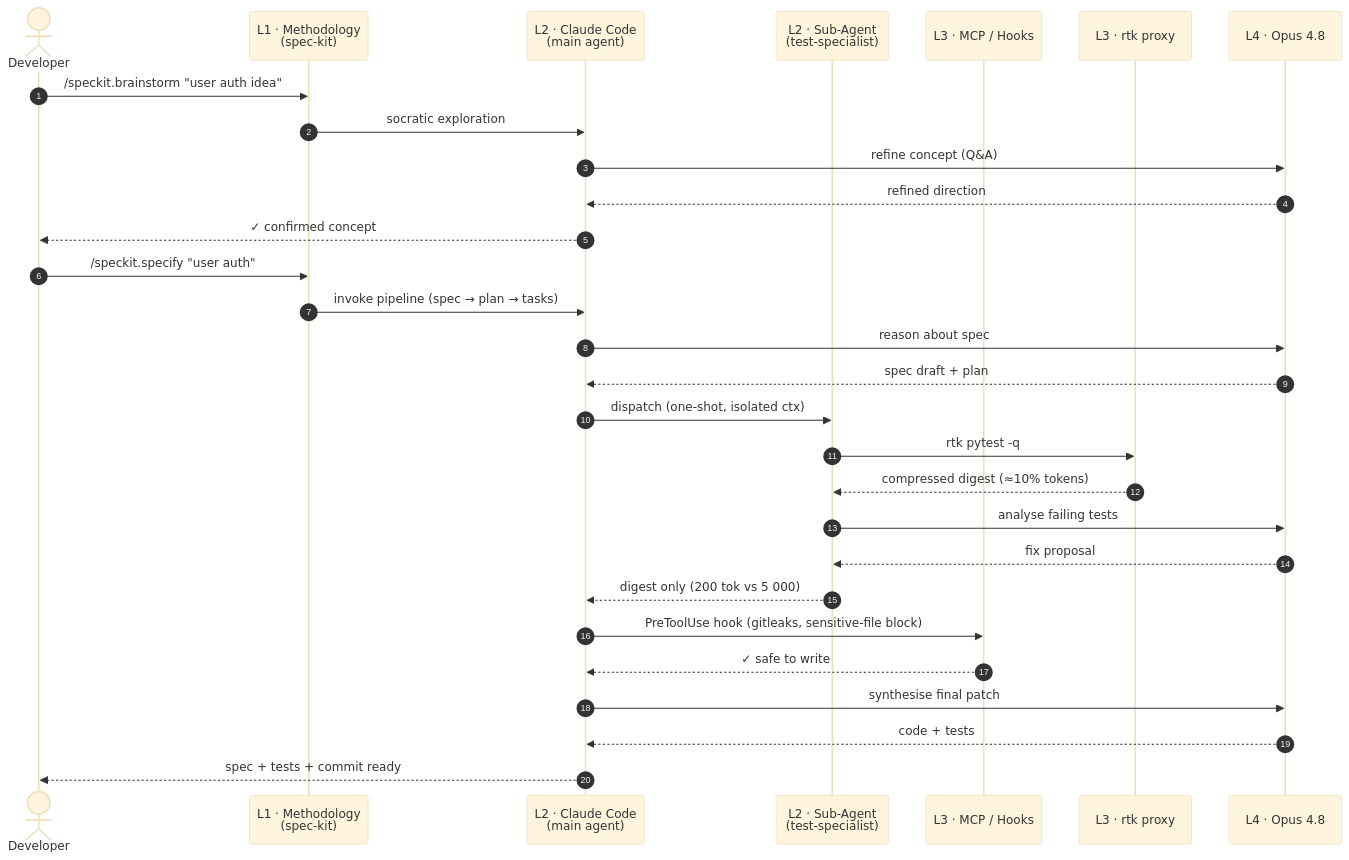
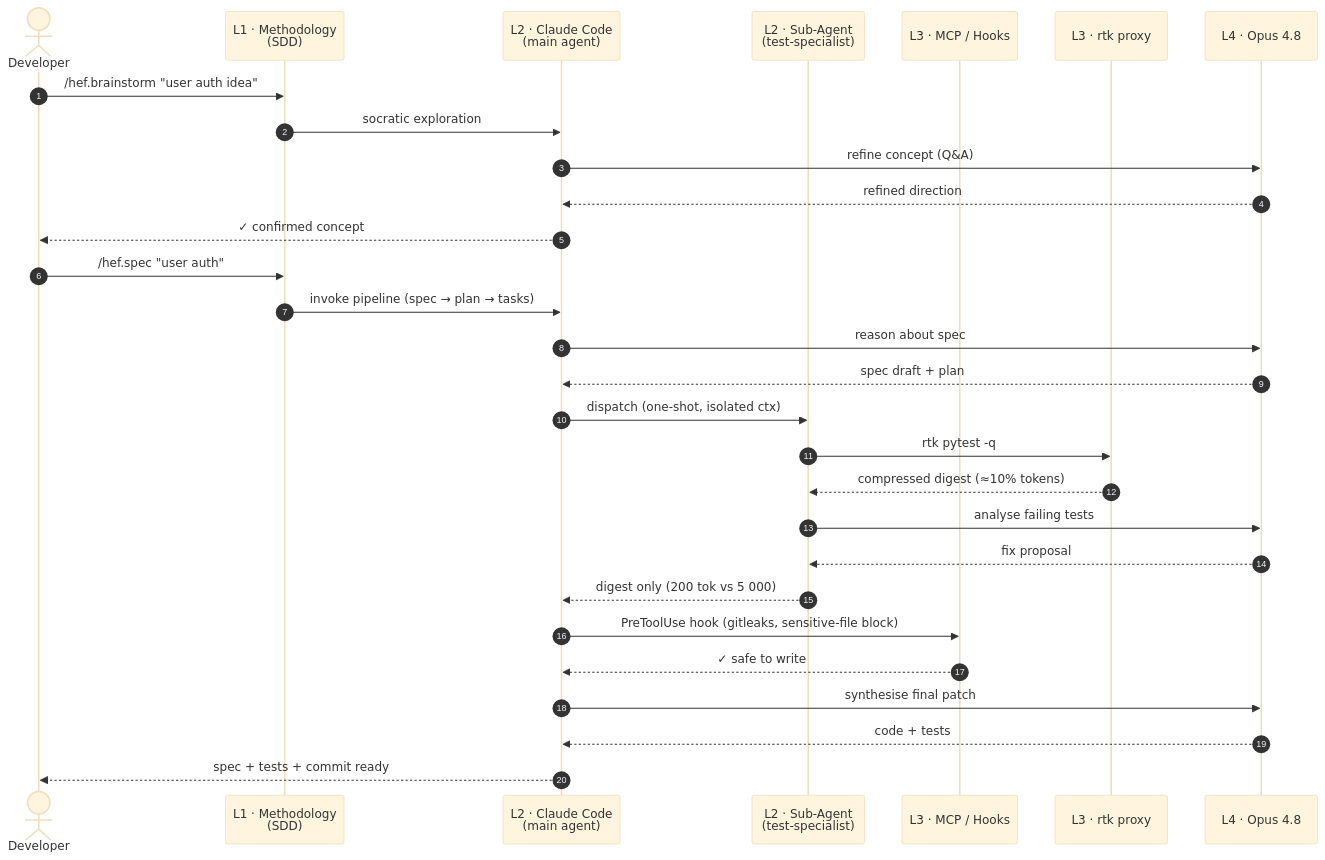
The diagram in docs/architecture.md (joaoariedi/hefesto), drawn with Mermaid (base theme) before and after one commit. The commit also changed other lines of this file and 60 other files, not shown here.

````diff
--- a/docs/architecture.md
+++ b/docs/architecture.md
@@ -49,32 +49,32 @@
 ```mermaid
 sequenceDiagram
     autonumber
     actor Dev as Developer
-    participant FW as L1 · Methodology<br/>(spec-kit)
+    participant FW as L1 · Methodology<br/>(SDD)
     participant CC as L2 · Claude Code<br/>(main agent)
     participant Sub as L2 · Sub-Agent<br/>(test-specialist)
     participant MCP as L3 · MCP / Hooks
     participant RTK as L3 · rtk proxy
     participant Mod as L4 · Opus 4.8
 
-    Dev->>FW: /speckit.brainstorm "user auth idea"
+    Dev->>FW: /hef.brainstorm "user auth idea"
     FW->>CC: socratic exploration
     CC->>Mod: refine concept (Q&A)
     Mod-->>CC: refined direction
     CC-->>Dev: ✓ confirmed concept
-    Dev->>FW: /speckit.specify "user auth"
+    Dev->>FW: /hef.spec "user auth"
     FW->>CC: invoke pipeline (spec → plan → tasks)
     CC->>Mod: reason about spec
     Mod-->>CC: spec draft + plan
     CC->>Sub: dispatch (one-shot, isolated ctx)
     Sub->>RTK: rtk pytest -q
     RTK-->>Sub: compressed digest (≈10% tokens)
     Sub->>Mod: analyse failing tests
     Mod-->>Sub: fix proposal
     Sub-->>CC: digest only (200 tok vs 5 000)
     CC->>MCP: PreToolUse hook (gitleaks, sensitive-file block)
     MCP-->>CC: ✓ safe to write
     CC->>Mod: synthesise final patch
     Mod-->>CC: code + tests
     CC-->>Dev: spec + tests + commit ready
 ```
````
